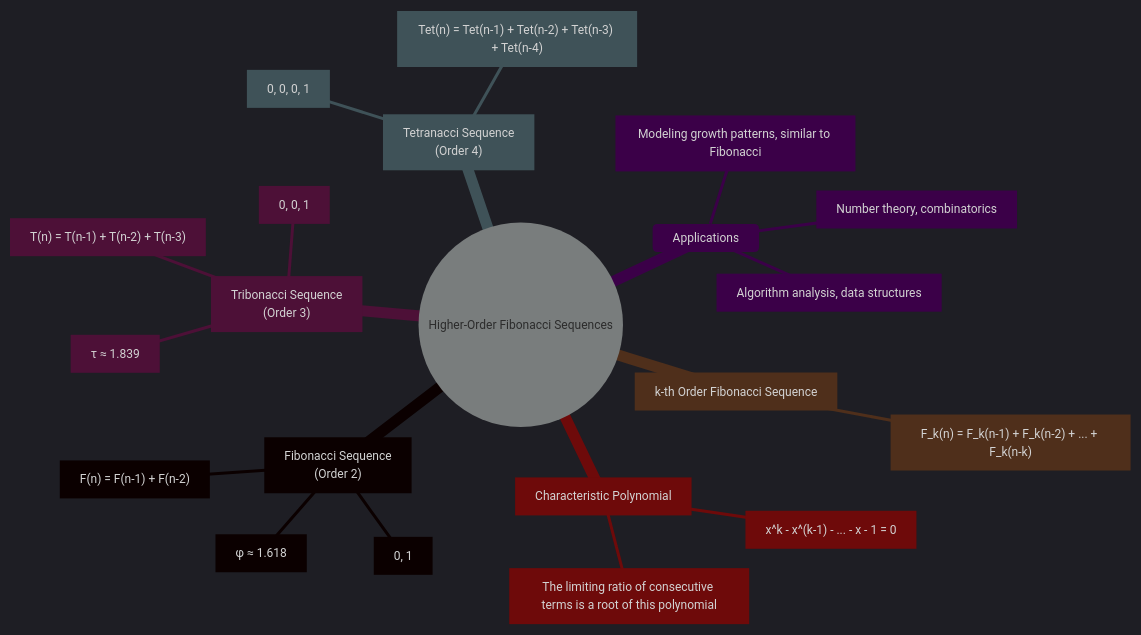
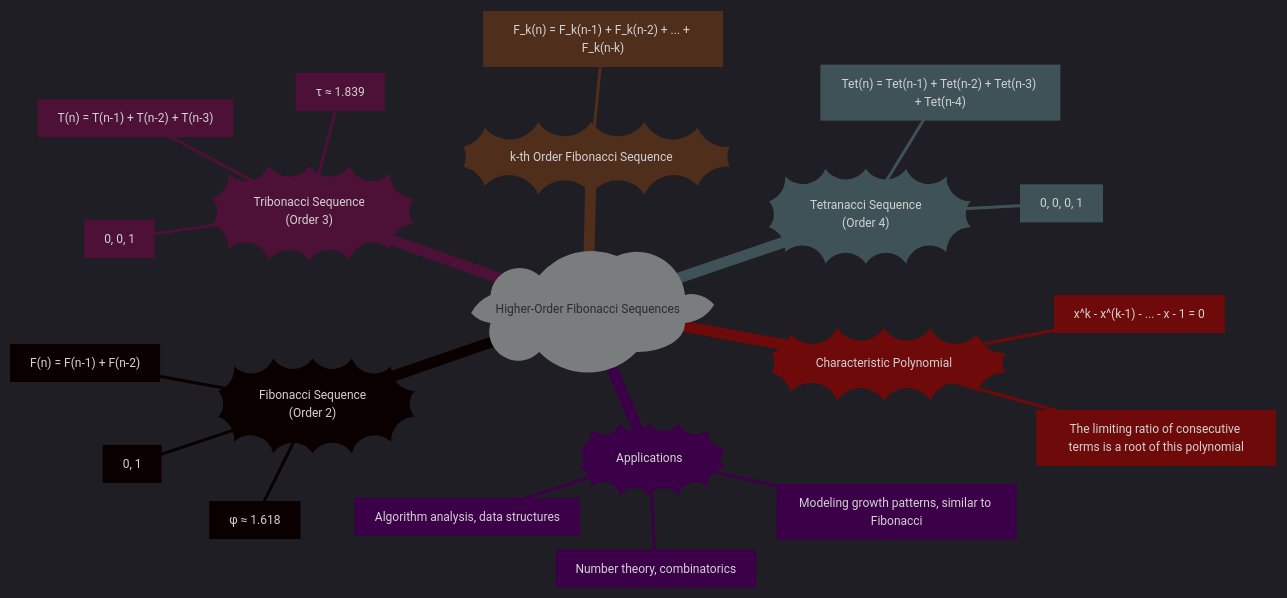
One commit to CongLeSolutionX/AlgoVerse changed the second of 2 diagrams in Patterns_Bridging_Math_ComputerScience_Nature_and_Beyond/Tribonacci_and_Higher-Order_Fibonacci_Sequences.md. Above: the diagram before and after it, drawn with Mermaid.

````diff
--- a/Patterns_Bridging_Math_ComputerScience_Nature_and_Beyond/Tribonacci_and_Higher-Order_Fibonacci_Sequences.md
+++ b/Patterns_Bridging_Math_ComputerScience_Nature_and_Beyond/Tribonacci_and_Higher-Order_Fibonacci_Sequences.md
@@ -213,43 +213,43 @@
 ```mermaid
 ---
 title: "Key Concepts and Terminology of Tribonacci and Higher-Order Fibonacci Sequences"
 author: "Cong Le"
 version: "1.0"
 license(s): "MIT, CC BY 4.0"
 copyright: "Copyright (c) 2025 Cong Le. All Rights Reserved."
 config:
   theme: dark
 ---
 %%%%%%%% Mermaid version v11.4.1-b.14
 %%{
   init: {
     'themeVariables': {
       'fontSize': '12px',
       'fontFamily': 'Fantasy'
     }
   }
 }%%
 mindmap
-    root((Higher-Order Fibonacci Sequences))
-        Fibonacci_Sequence["Fibonacci Sequence<br>(Order 2)"]
+    root)"Higher-Order Fibonacci Sequences"(
+        Fibonacci_Sequence))"Fibonacci Sequence<br>(Order 2)"((
             Initial_Values["0, 1"]
             Recurrence_Relation["F(n) = F(n-1) + F(n-2)"]
             Golden_Ratio["φ ≈ 1.618"]
-        Tribonacci_Sequence["Tribonacci Sequence<br>(Order 3)"]
+        Tribonacci_Sequence))"Tribonacci Sequence<br>(Order 3)"((
             Initial_Values["0, 0, 1"]
             Recurrence_Relation["T(n) = T(n-1) + T(n-2) + T(n-3)"]
             Tribonacci_Constant["τ ≈ 1.839"]
-        Tetranacci_Sequence["Tetranacci Sequence<br>(Order 4)"]
+        Tetranacci_Sequence))"Tetranacci Sequence<br>(Order 4)"((
             Initial_Values["0, 0, 0, 1"]
             Recurrence_Relation["Tet(n) = Tet(n-1) + Tet(n-2) + Tet(n-3) + Tet(n-4)"]
-        Generalization["k-th Order Fibonacci Sequence"]
+        Generalization))"k-th Order Fibonacci Sequence"((
          Recurrence_Relation1["F_k(n) = F_k(n-1) + F_k(n-2) + ... + F_k(n-k)"]    
-        Characteristic_Polynomial["Characteristic Polynomial"]
+        Characteristic_Polynomial))"Characteristic Polynomial"((
             Equation["x^k - x^(k-1) - ... - x - 1 = 0"]
             Roots["The limiting ratio of consecutive terms is a root of this polynomial"]
-        Applications
+        Applications))"Applications"((
             Mathematics["Number theory, combinatorics"]
             Computer_Science["Algorithm analysis, data structures"]
             Potentially_Other_Fields["Modeling growth patterns, similar to Fibonacci"]
 
 ```
````
